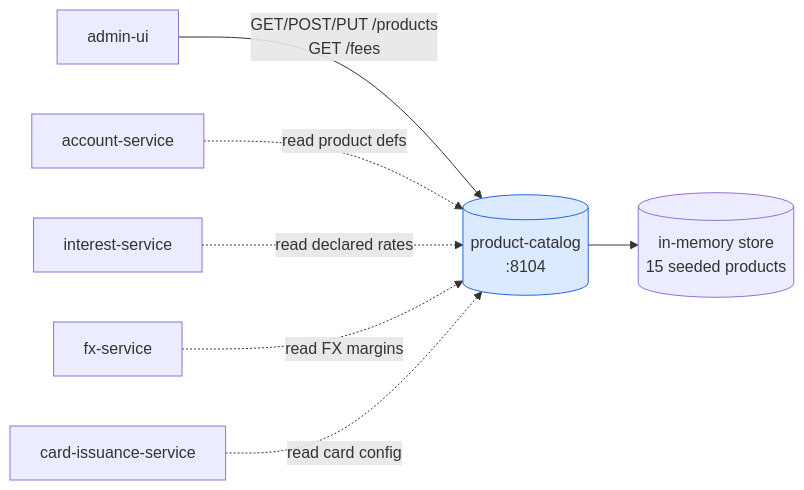
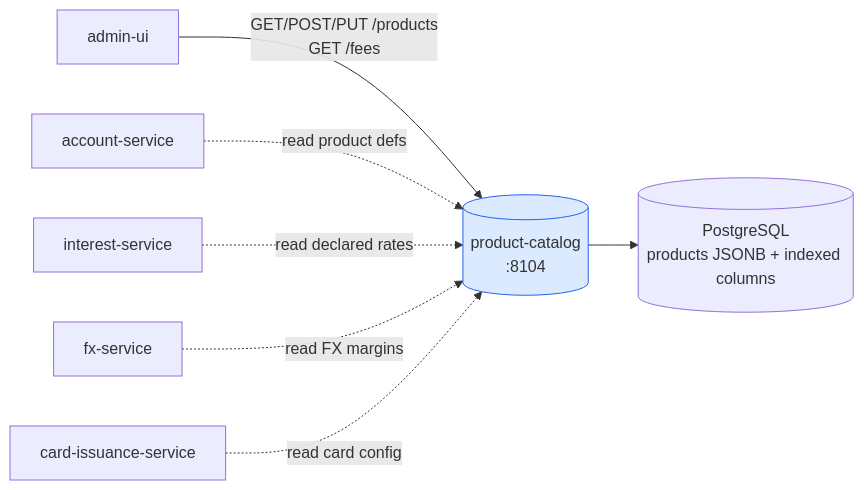
Before and after one commit to JiRaska/open-bank-oss: the first of 2 diagrams in openbank-product-catalog/src/main/resources/docs/02-architecture.en.md, drawn with Mermaid. The commit also changed other lines of this file and 28 other files, not shown here.

````diff
--- a/openbank-product-catalog/src/main/resources/docs/02-architecture.en.md
+++ b/openbank-product-catalog/src/main/resources/docs/02-architecture.en.md
@@ -5,21 +5,21 @@
 ```mermaid
 graph LR
   admin[admin-ui]
   acc[account-service]
   intr[interest-service]
   fx[fx-service]
   card[card-issuance-service]
 
   pc[(product-catalog<br/>:8104)]:::svc
-  store[(in-memory store<br/>15 seeded products)]
+  store[(PostgreSQL<br/>products JSONB + indexed columns)]
 
   admin -- "GET/POST/PUT /products<br/>GET /fees" --> pc
   acc -. "read product defs" .-> pc
   intr -. "read declared rates" .-> pc
   fx -. "read FX margins" .-> pc
   card -. "read card config" .-> pc
 
   pc --> store
 
   classDef svc fill:#dbeafe,stroke:#2563eb
 ```
````
